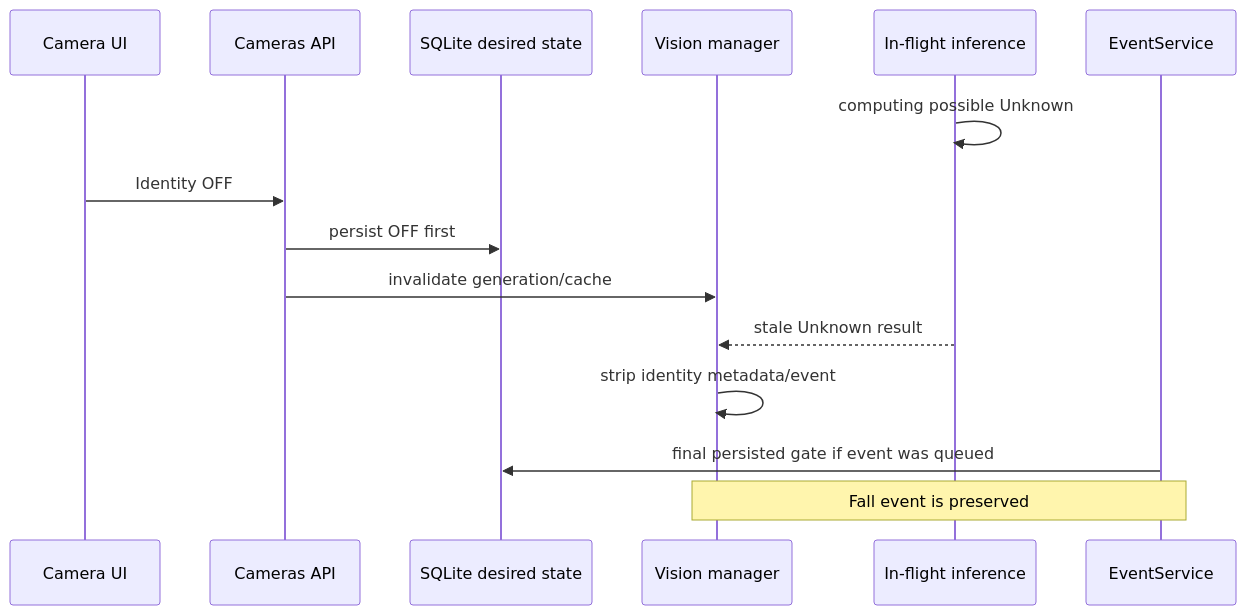
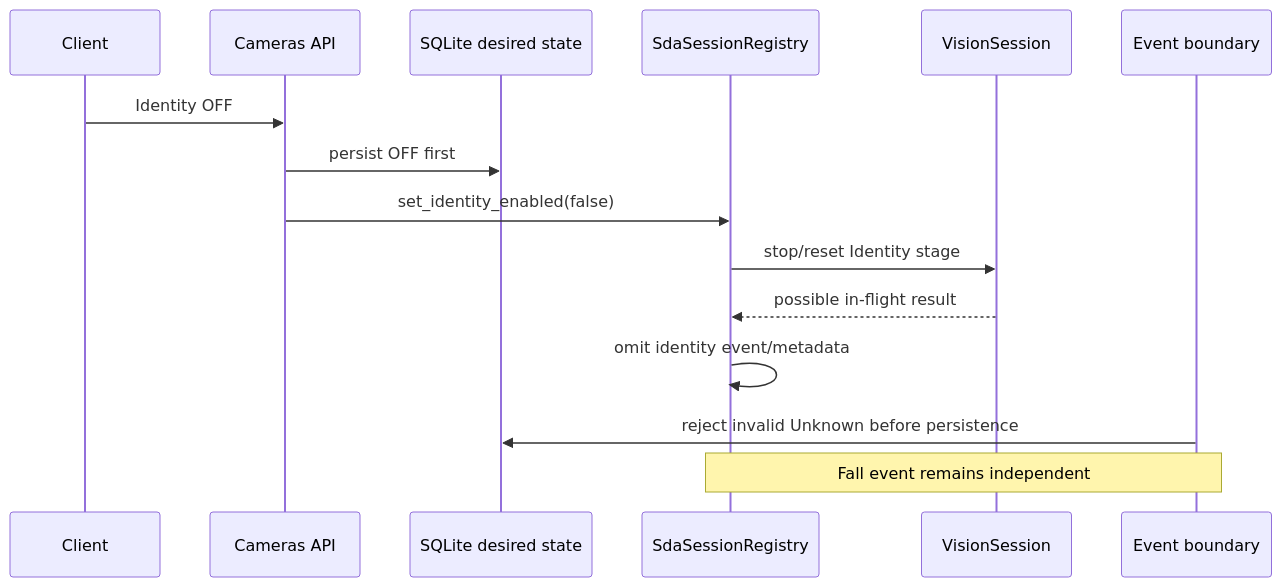
Before and after one commit to daoquocdai/P227: the fifth of 7 diagrams in docs/architecture_diagram.md, drawn with Mermaid. The commit also changed other lines of this file and 7 other files, not shown here.

Commit message:
docs: align setup API and architecture with develop

````diff
--- a/docs/architecture_diagram.md
+++ b/docs/architecture_diagram.md
@@ -89,18 +79,18 @@
 ```mermaid
 sequenceDiagram
-    participant UI as Camera UI
+    participant UI as Client
     participant API as Cameras API
     participant DB as SQLite desired state
-    participant M as Vision manager
-    participant E as In-flight inference
-    participant ES as EventService
+    participant R as SdaSessionRegistry
+    participant S as VisionSession
+    participant E as Event boundary
 
-    E->>E: computing possible Unknown
     UI->>API: Identity OFF
     API->>DB: persist OFF first
-    API->>M: invalidate generation/cache
-    E-->>M: stale Unknown result
-    M->>M: strip identity metadata/event
-    ES->>DB: final persisted gate if event was queued
-    Note over M,ES: Fall event is preserved
+    API->>R: set_identity_enabled(false)
+    R->>S: stop/reset Identity stage
+    S-->>R: possible in-flight result
+    R->>R: omit identity event/metadata
+    E->>DB: reject invalid Unknown before persistence
+    Note over R,E: Fall event remains independent
 ```
````
